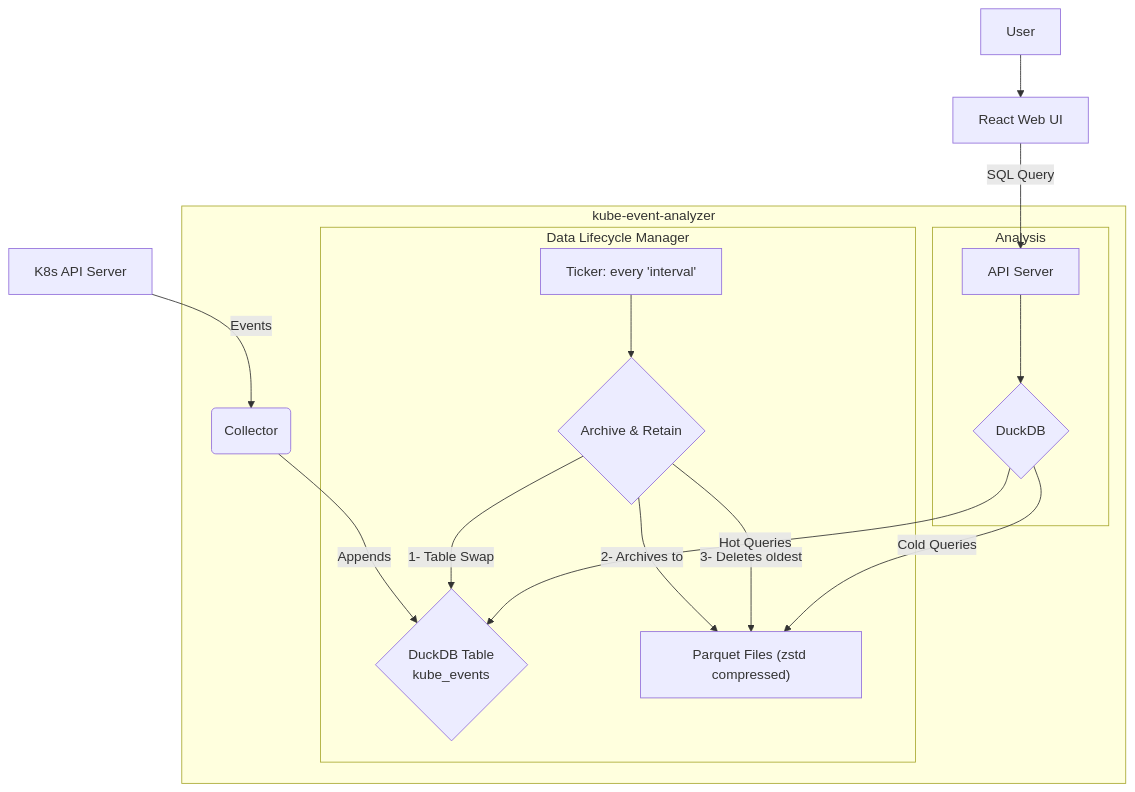
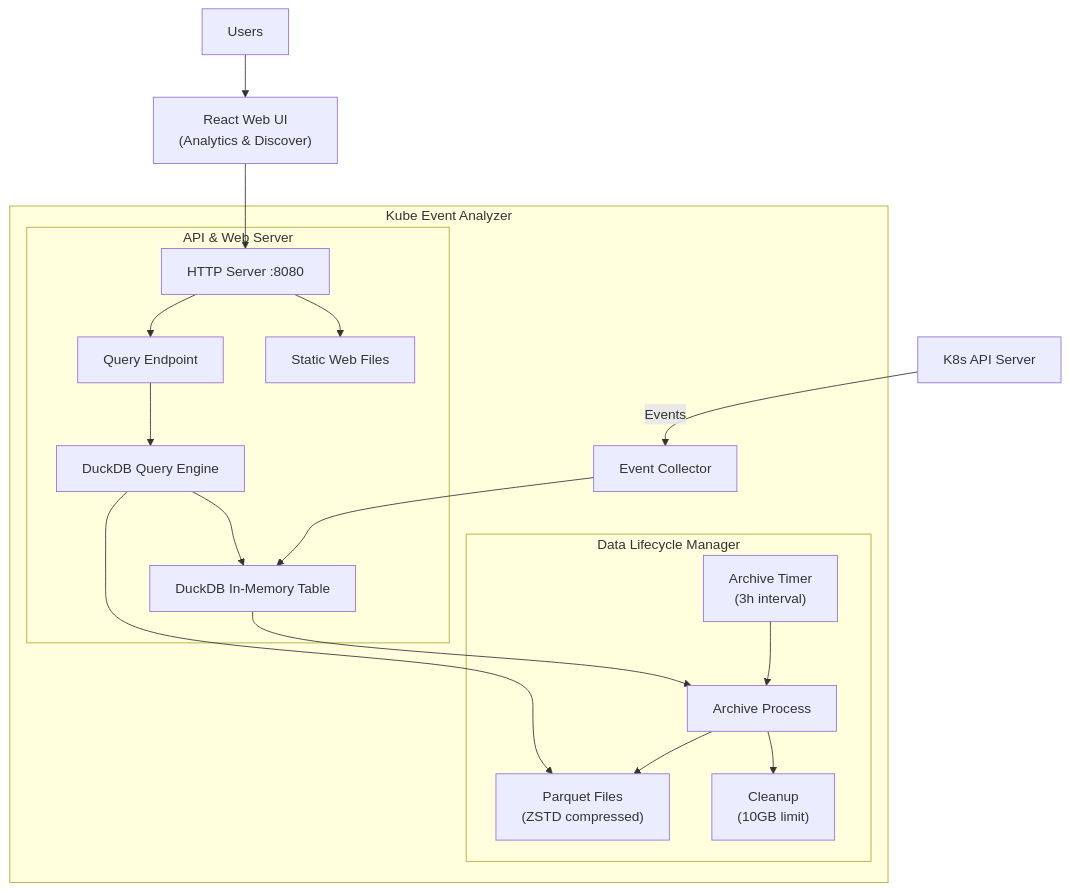
The diagram in README.md (iwanhae/kabinet), drawn with Mermaid before and after one commit. The commit also changed other lines of this file and 2 other files, not shown here.

````diff
--- a/README.md
+++ b/README.md
@@ -42,23 +50,27 @@
 ```mermaid
 graph TD
-    A["K8s API Server"]
-		A -- "Events" --> B("Collector")
-    subgraph kube-event-analyzer
-    B -- "Appends" --> C{"DuckDB Table
-    kube_events"}
-
-    subgraph Data Lifecycle Manager
-        D["Ticker: every 'interval'"] --> E{"Archive & Retain"}
-        E -- "1- Table Swap" --> C
-        E -- "2- Archives to" --> F["Parquet Files (zstd compressed)"]
-        E -- "3- Deletes oldest" --> F
+    A["K8s API Server"] -- "Events" --> B["Event Collector"]
+    
+    subgraph "Kube Event Analyzer"
+        B --> C["DuckDB In-Memory Table"]
+        
+        subgraph "Data Lifecycle Manager"
+            D["Archive Timer<br/>(3h interval)"] --> E["Archive Process"]
+            E --> F["Parquet Files<br/>(ZSTD compressed)"]
+            E --> G["Cleanup<br/>(10GB limit)"]
+        end
+        
+        C --> E
+        
+        subgraph "API & Web Server"
+            H["HTTP Server :8080"] --> I["Query Endpoint"]
+            H --> J["Static Web Files"]
+            I --> K["DuckDB Query Engine"]
+            K --> C
+            K --> F
+        end
     end
-    subgraph Analysis
-        G["API Server"] --> H{"DuckDB"}
-        H -- "Hot Queries" --> C
-        H -- "Cold Queries" --> F
-    end
-    end
-    J["User"] --> I
-    I["React Web UI"] -- "SQL Query" --> G
+    
+    L["Users"] --> M["React Web UI<br/>(Analytics & Discover)"]
+    M --> H
 ```
````
